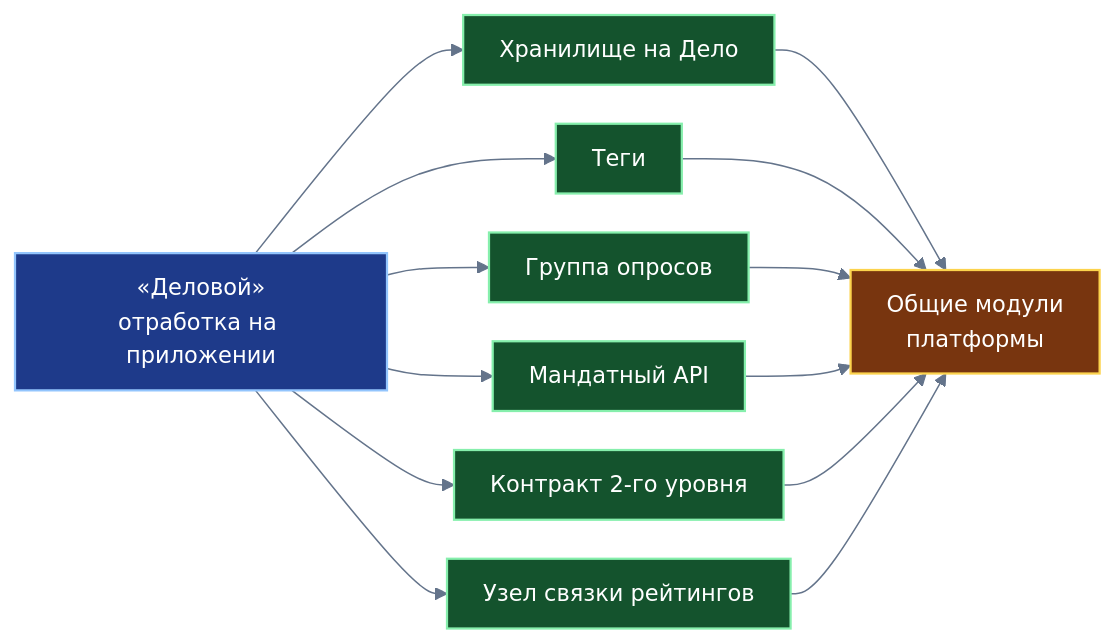
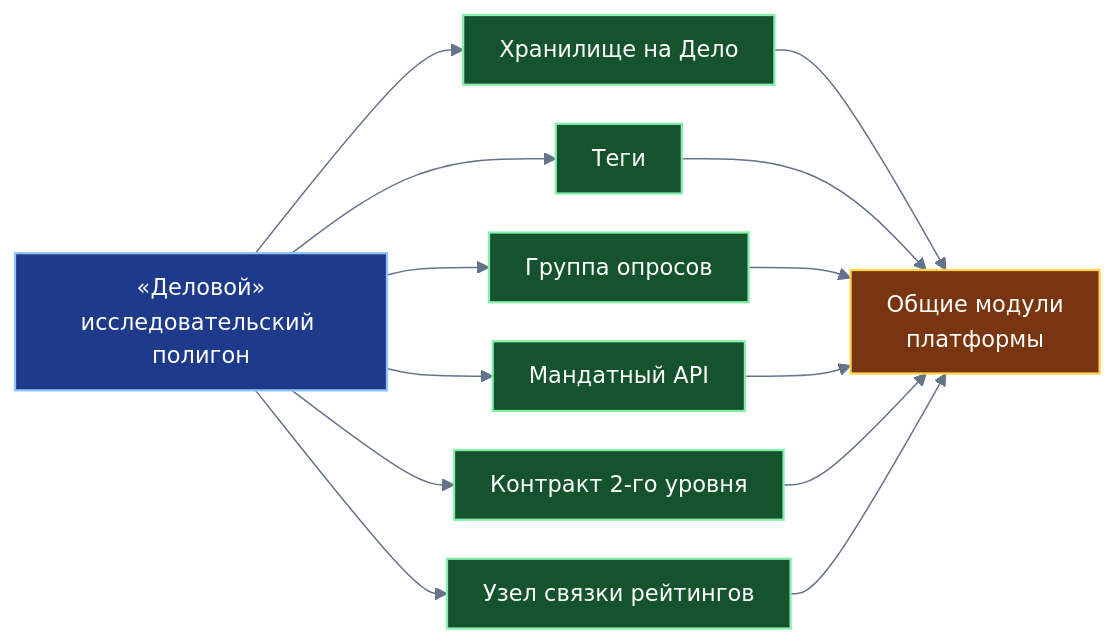
One commit to Data-Independence-Network/presentations changed diagram 13 of 13 in shared_docs/whitepapers/10_gogetter_whitepaper.md. Above: the diagram before and after it, drawn with Mermaid. The commit also changed other lines of this file and 36 other files, not shown here.

````diff
--- a/shared_docs/whitepapers/10_gogetter_whitepaper.md
+++ b/shared_docs/whitepapers/10_gogetter_whitepaper.md
@@ -615,25 +615,25 @@
 ```mermaid
 %%{init: {"theme":"base","themeVariables":{"background":"#0f172a","fontFamily":"Arial, Helvetica, sans-serif","fontSize":"15px","primaryColor":"#1e3a8a","primaryTextColor":"#ffffff","primaryBorderColor":"#93c5fd","secondaryColor":"#14532d","tertiaryColor":"#1e293b","lineColor":"#64748b","textColor":"#94a3b8","mainBkg":"#1e3a8a","nodeBorder":"#93c5fd","clusterBkg":"#1e293b","clusterBorder":"#475569","titleColor":"#cbd5e1","edgeLabelBackground":"#1e293b"},"themeCSS":"foreignObject *{font-family:Arial,Helvetica,sans-serif !important}","flowchart":{"curve":"basis","htmlLabels":true,"nodeSpacing":26,"rankSpacing":40,"padding":12,"useMaxWidth":true}}}%%
 flowchart LR
-    A["«Деловой»<br/>отработка на приложении"] --> H["Хранилище на Дело"]
+    A["«Деловой»<br/>исследовательский полигон"] --> H["Хранилище на Дело"]
     A --> T["Теги"]
     A --> P["Группа опросов"]
     A --> M["Мандатный API"]
     A --> C["Контракт 2-го уровня"]
     A --> B["Узел связки рейтингов"]
     H --> X["Общие модули<br/>платформы"]
     T --> X
     P --> X
     M --> X
     C --> X
     B --> X
     class A leaf
     class H,T,P,M,C,B branch
     class X trunk
     classDef leaf fill:#1e3a8a,stroke:#93c5fd,stroke-width:1.5px,color:#ffffff
     classDef branch fill:#14532d,stroke:#86efac,stroke-width:1.5px,color:#ffffff
     classDef trunk fill:#78350f,stroke:#fcd34d,stroke-width:1.5px,color:#ffffff
     classDef bank fill:#4c1d95,stroke:#c4b5fd,stroke-width:1.5px,color:#ffffff
     classDef priv fill:#334155,stroke:#cbd5e1,stroke-width:1.5px,color:#ffffff
     classDef risk fill:#7f1d1d,stroke:#fca5a5,stroke-width:1.5px,color:#ffffff
 ```
````
